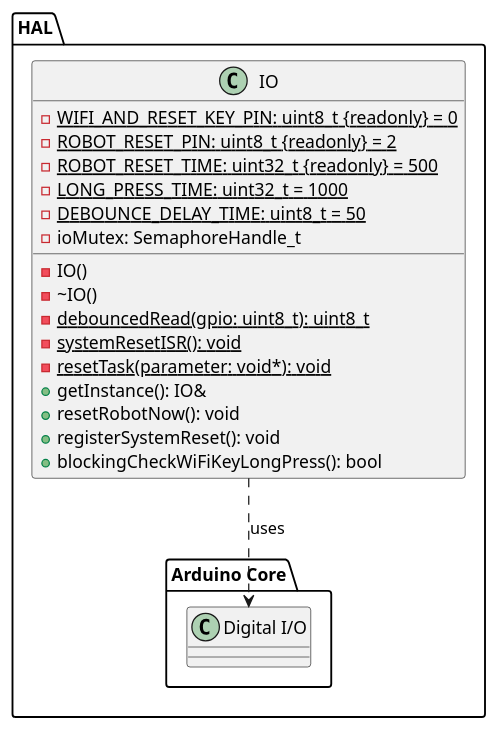
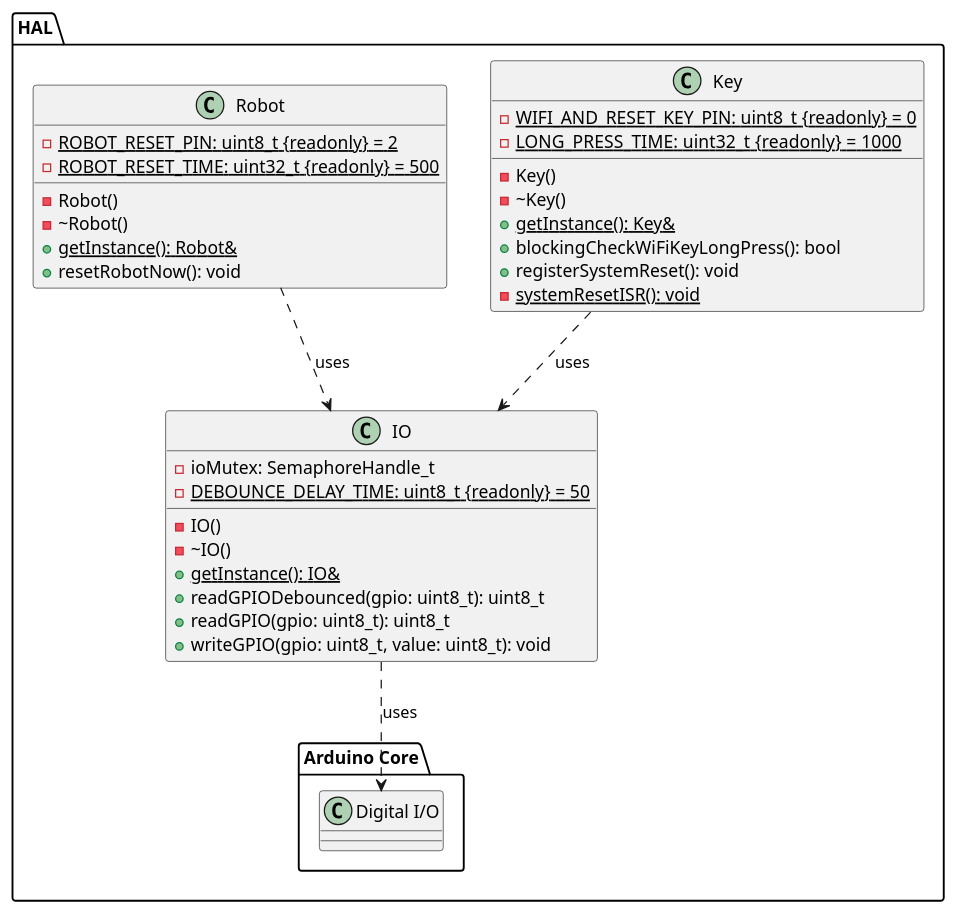
The diagram in doc/design/server/ClassDiagrams/01_HAL.plantuml (NewTec-GmbH/ZumoComSystem), drawn with PlantUML before and after one commit. The commit also changed 3 other files, not shown here.

Commit message:
Update design diagrams

```diff
--- a/doc/design/server/ClassDiagrams/01_HAL.plantuml
+++ b/doc/design/server/ClassDiagrams/01_HAL.plantuml
@@ -1,30 +1,46 @@
 @startuml
-package HAL 
+package HAL
 {
     package "Arduino Core"
     {
-        class "Digital I/O" as ioclass
+        class "Digital I/O" as ArduinoIO
     }
 
-    class IO 
+    class IO
+    {
+        - ioMutex: SemaphoreHandle_t
+        {static} - DEBOUNCE_DELAY_TIME: uint8_t {readonly} = 50
+        - IO()
+        - ~IO()
+        + {static} getInstance(): IO&
+        + readGPIODebounced(gpio: uint8_t): uint8_t
+        + readGPIO(gpio: uint8_t): uint8_t
+        + writeGPIO(gpio: uint8_t, value: uint8_t): void
+    }
+    IO  ..> ArduinoIO : uses
+
+    class Key
     {
         {static} - WIFI_AND_RESET_KEY_PIN: uint8_t {readonly} = 0
+        {static} - LONG_PRESS_TIME: uint32_t {readonly}  = 1000
+        - Key()
+        - ~Key()
+        {static} + getInstance(): Key&
+        + blockingCheckWiFiKeyLongPress(): bool
+        + registerSystemReset(): void
+        - {static} systemResetISR(): void
+    }
+    Key ..> IO : uses
+
+    class Robot
+    {
         {static} - ROBOT_RESET_PIN: uint8_t {readonly} = 2
         {static} - ROBOT_RESET_TIME: uint32_t {readonly} = 500
-        {static} - LONG_PRESS_TIME: uint32_t = 1000
-        {static} - DEBOUNCE_DELAY_TIME: uint8_t = 50
-        - ioMutex: SemaphoreHandle_t
-
-        - IO()
-        - ~IO()
-        {static} - debouncedRead(gpio: uint8_t): uint8_t
-        {static} - systemResetISR(): void
-        {static} - resetTask(parameter: void*): void
-        + getInstance(): IO&
+        - Robot()
+        - ~Robot()
+        {static} + getInstance(): Robot&
         + resetRobotNow(): void
-        + registerSystemReset(): void
-        + blockingCheckWiFiKeyLongPress(): bool
     }
-    IO  ..> ioclass : uses
+    Robot ..> IO : uses
 }
 @enduml
```
